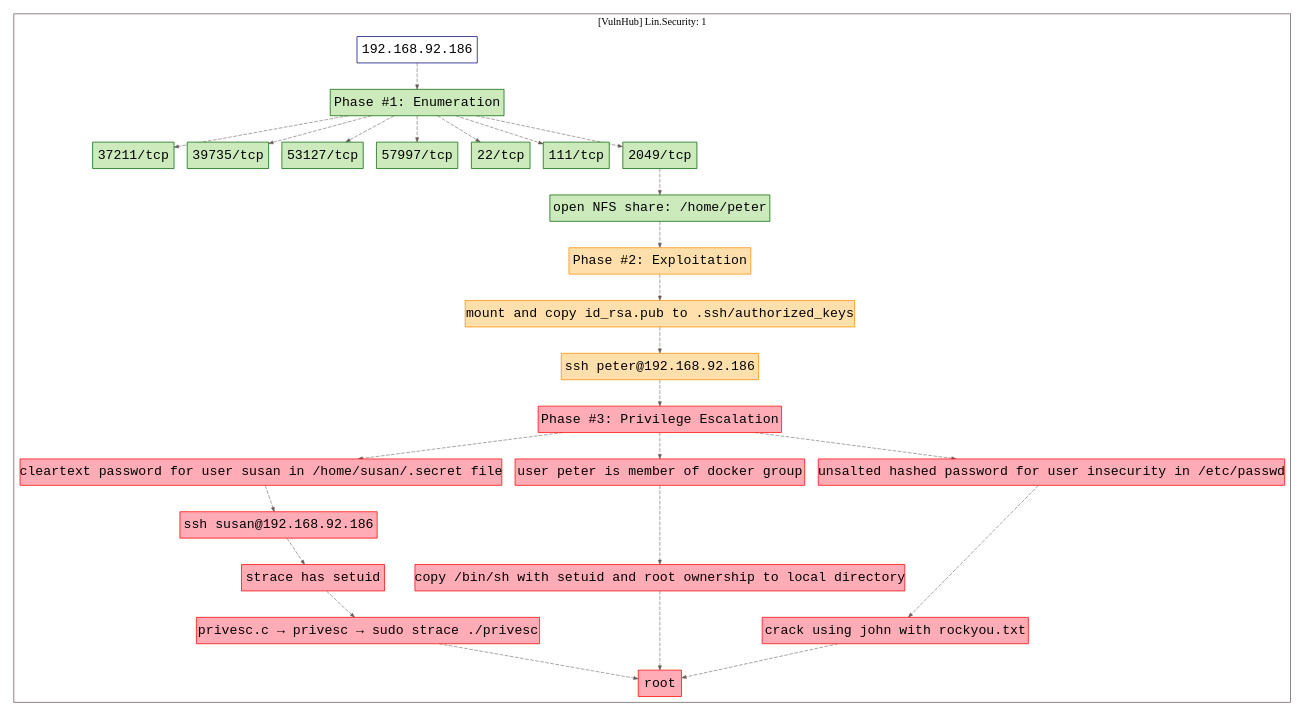
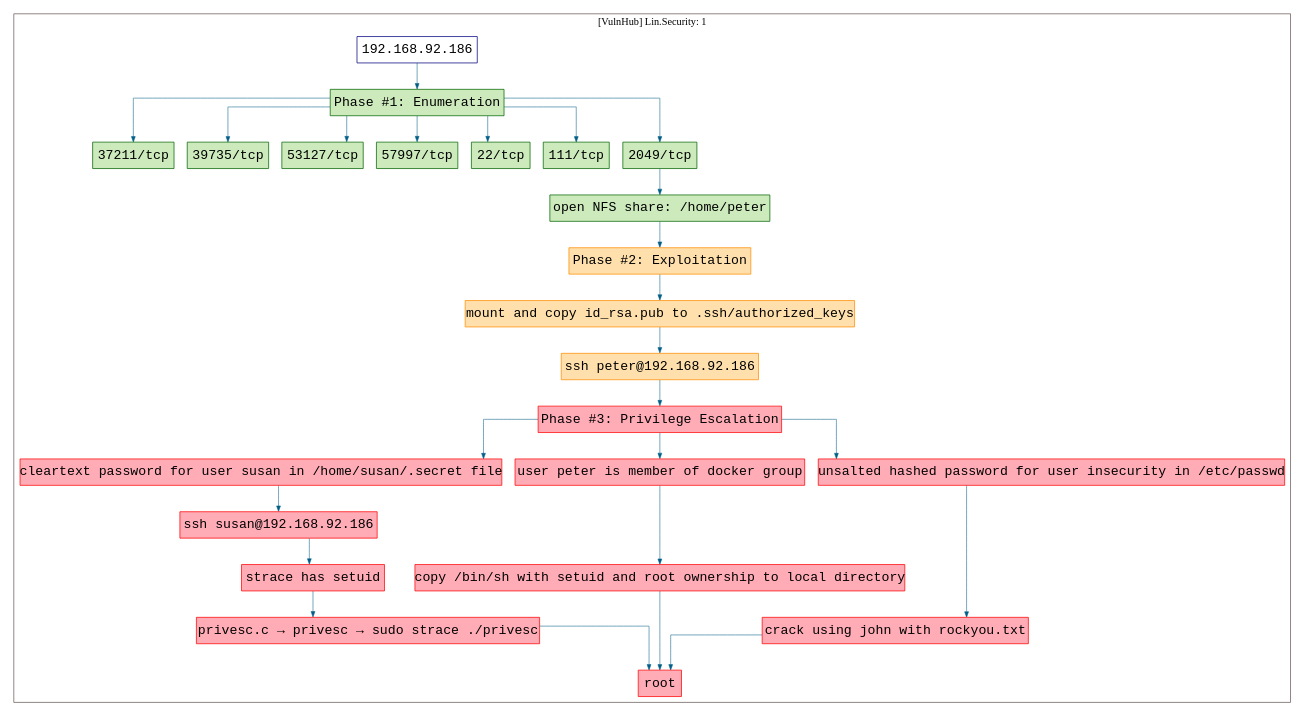
One commit to 7h3rAm/writeups changed the diagram in vulnhub.linsecurity1/killchain.dot. Above: the diagram before and after it, drawn with Graphviz. The commit also changed 112 other files, not shown here.

```diff
--- a/vulnhub.linsecurity1/killchain.dot
+++ b/vulnhub.linsecurity1/killchain.dot
@@ -1,60 +1,60 @@
 digraph G {
   #rankdir=LR;
-  nodesdictep=1.0; splines="line"; K=0.6; overlap=scale; fixedsize=true; resolution=72; bgcolor="#ffffff"; outputorder="edgesfirst";
+  nodesdictep=1.0; splines="ortho"; K=0.6; overlap=scale; fixedsize=true; resolution=72; bgcolor="#ffffff"; outputorder="edgesfirst";
   node [fontname="courier" fontsize=18 shape=box width=0.25 fillcolor="white" style="filled,solid"];
-  edge [style=dashed color="#665957" penwidth=0.75 arrowsize=0.6];
+  edge [style=solid color="#005f87" penwidth=0.75 arrowsize=0.75];
 
   0[label="192.168.92.186" color="navyblue" fillcolor="#ffffff" tooltip="[VulnHub] Lin.Security: 1"];
   10[label="cleartext password for user susan in /home/susan/.secret file" color="red" fillcolor="#ffacb7" tooltip="Phase #3:Privilege Escalation"];
   11[label="ssh susan@192.168.92.186" color="red" fillcolor="#ffacb7" tooltip="Phase #3:Privilege Escalation"];
   12[label="strace has setuid" color="red" fillcolor="#ffacb7" tooltip="Phase #3:Privilege Escalation"];
   13[label="privesc.c → privesc → sudo strace ./privesc" color="red" fillcolor="#ffacb7" tooltip="Phase #3:Privilege Escalation"];
   14[label="root" color="red" fillcolor="#ffacb7" tooltip="Phase #3:Privilege Escalation"];
   15[label="user peter is member of docker group" color="red" fillcolor="#ffacb7" tooltip="Phase #3:Privilege Escalation"];
   16[label="copy /bin/sh with setuid and root ownership to local directory" color="red" fillcolor="#ffacb7" tooltip="Phase #3:Privilege Escalation"];
   17[label="unsalted hashed password for user insecurity in /etc/passwd" color="red" fillcolor="#ffacb7" tooltip="Phase #3:Privilege Escalation"];
   18[label="crack using john with rockyou.txt" color="red" fillcolor="#ffacb7" tooltip="Phase #3:Privilege Escalation"];
   19[label="37211/tcp" color="darkgreen" fillcolor="#cceabb" tooltip="Phase #1:Enumeration"];
   1[label="Phase #1: Enumeration" color="darkgreen" fillcolor="#cceabb" tooltip="Phase #1:Enumeration"];
   20[label="39735/tcp" color="darkgreen" fillcolor="#cceabb" tooltip="Phase #1:Enumeration"];
   21[label="53127/tcp" color="darkgreen" fillcolor="#cceabb" tooltip="Phase #1:Enumeration"];
   22[label="57997/tcp" color="darkgreen" fillcolor="#cceabb" tooltip="Phase #1:Enumeration"];
   2[label="22/tcp" color="darkgreen" fillcolor="#cceabb" tooltip="Phase #1:Enumeration"];
   3[label="111/tcp" color="darkgreen" fillcolor="#cceabb" tooltip="Phase #1:Enumeration"];
   4[label="2049/tcp" color="darkgreen" fillcolor="#cceabb" tooltip="Phase #1:Enumeration"];
   5[label="open NFS share: /home/peter" color="darkgreen" fillcolor="#cceabb" tooltip="Phase #1:Enumeration"];
   6[label="Phase #2: Exploitation" color="darkorange" fillcolor="#ffe0ac" tooltip="Phase #2:Exploitation"];
   7[label="mount and copy id_rsa.pub to .ssh/authorized_keys" color="darkorange" fillcolor="#ffe0ac" tooltip="Phase #2:Exploitation"];
   8[label="ssh peter@192.168.92.186" color="darkorange" fillcolor="#ffe0ac" tooltip="Phase #2:Exploitation"];
   9[label="Phase #3: Privilege Escalation" color="red" fillcolor="#ffacb7" tooltip="Phase #3:Privilege Escalation"];
 
   subgraph cluster_0 {
     node [style="filled,solid"];
     label = "[VulnHub] Lin.Security: 1";
     color = "#665957";
-    0 -> 1 [color="#665957"];
-    1 -> 19 [color="#665957"];
-    1 -> 2 [color="#665957"];
-    1 -> 20 [color="#665957"];
-    1 -> 21 [color="#665957"];
-    1 -> 22 [color="#665957"];
-    1 -> 3 [color="#665957"];
-    1 -> 4 [color="#665957"];
-    10 -> 11 [color="#665957"];
-    11 -> 12 [color="#665957"];
-    12 -> 13 [color="#665957"];
-    13 -> 14 [color="#665957"];
-    15 -> 16 [color="#665957"];
-    16 -> 14 [color="#665957"];
-    17 -> 18 [color="#665957"];
-    18 -> 14 [color="#665957"];
-    4 -> 5 [color="#665957"];
-    5 -> 6 [color="#665957"];
-    6 -> 7 [color="#665957"];
-    7 -> 8 [color="#665957"];
-    8 -> 9 [color="#665957"];
-    9 -> 10 [color="#665957"];
-    9 -> 15 [color="#665957"];
-    9 -> 17 [color="#665957"];
+    0 -> 1 [color="#005f87"];
+    1 -> 19 [color="#005f87"];
+    1 -> 2 [color="#005f87"];
+    1 -> 20 [color="#005f87"];
+    1 -> 21 [color="#005f87"];
+    1 -> 22 [color="#005f87"];
+    1 -> 3 [color="#005f87"];
+    1 -> 4 [color="#005f87"];
+    10 -> 11 [color="#005f87"];
+    11 -> 12 [color="#005f87"];
+    12 -> 13 [color="#005f87"];
+    13 -> 14 [color="#005f87"];
+    15 -> 16 [color="#005f87"];
+    16 -> 14 [color="#005f87"];
+    17 -> 18 [color="#005f87"];
+    18 -> 14 [color="#005f87"];
+    4 -> 5 [color="#005f87"];
+    5 -> 6 [color="#005f87"];
+    6 -> 7 [color="#005f87"];
+    7 -> 8 [color="#005f87"];
+    8 -> 9 [color="#005f87"];
+    9 -> 10 [color="#005f87"];
+    9 -> 15 [color="#005f87"];
+    9 -> 17 [color="#005f87"];
   }
 }
```
